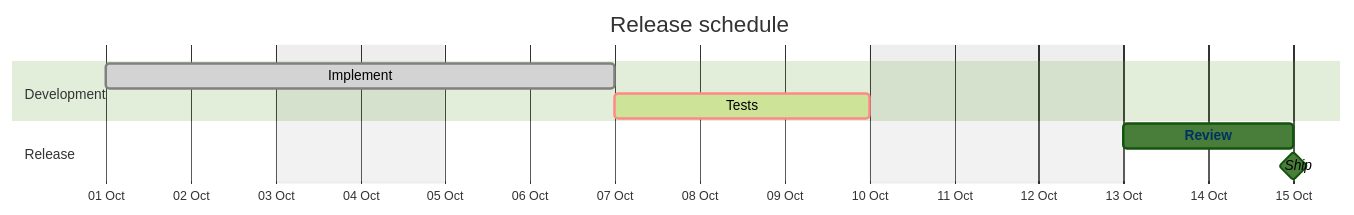
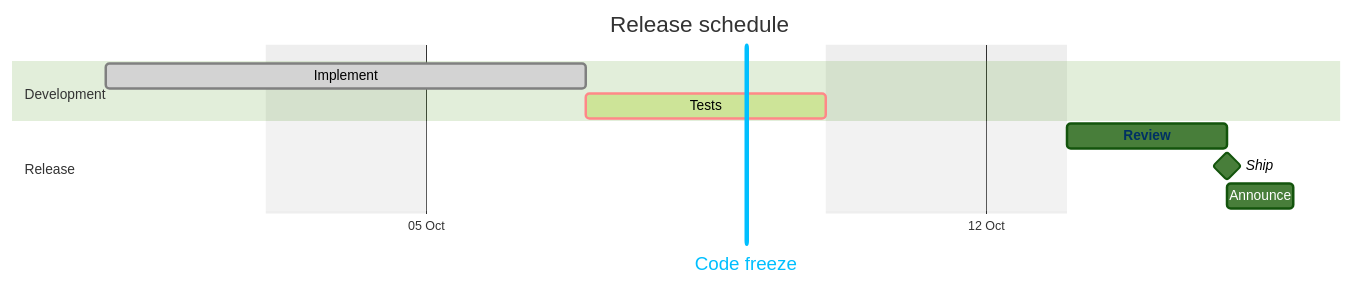
Before and after one commit to reardan/w: the diagram in examples/mermaid/gantt.mmd, drawn with Mermaid (forest theme). The commit also changed 9 other files, not shown here.

First line of the commit message:
Mermaid: document outline-family gaps, refresh corpus (#820)

```diff
--- a/examples/mermaid/gantt.mmd
+++ b/examples/mermaid/gantt.mmd
@@ -1,13 +1,17 @@
 gantt
 title Release schedule
 dateFormat YYYY-MM-DD
 axisFormat %d %b
 excludes weekends 2026-10-12
 todayMarker 2026-10-08
+tickInterval 1week
+weekday monday
 section Development
 Implement :done, code, 2026-10-01, 4d
 Tests :active, crit, tests, after code, 3d
 section Release
 Review :review, after tests, 2d
 Ship :milestone, ship, after review, 0d
+Code freeze :vert, freeze, 2026-10-09, 1d
+Announce :announce, after ship, 20h
 click review href "https://github.com/reardan/w/pulls"
```
